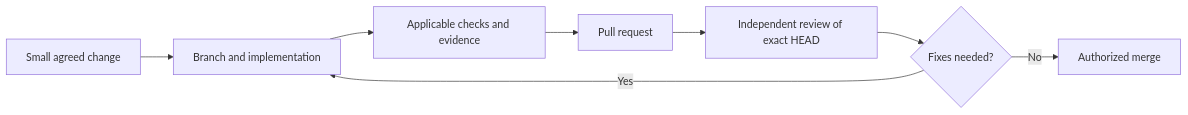
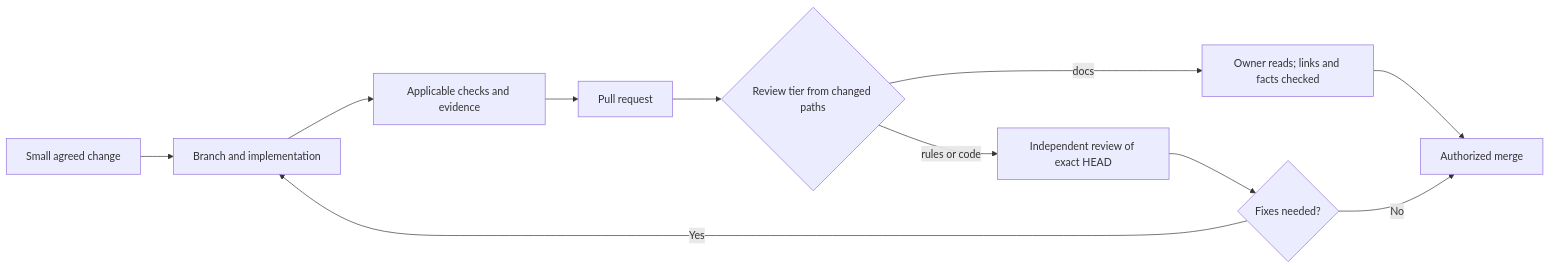
One commit to baruckis/Kriptofolio changed the diagram in CONTRIBUTING.md. Above: the diagram before and after it, drawn with Mermaid. The commit also changed other lines of this file and 2 other files, not shown here.

First line of the commit message:
docs: Added review tiers decided by changed paths. chore: Added a workflow that labels each pull request with its tier.

````diff
--- a/CONTRIBUTING.md
+++ b/CONTRIBUTING.md
@@ -22,10 +36,13 @@
 ```mermaid
 flowchart LR
     S[Small agreed change] --> B[Branch and implementation]
     B --> T[Applicable checks and evidence]
     T --> P[Pull request]
-    P --> R[Independent review of exact HEAD]
+    P --> Q{Review tier from changed paths}
+    Q -->|docs| O[Owner reads; links and facts checked]
+    Q -->|rules or code| R[Independent review of exact HEAD]
     R --> F{Fixes needed?}
     F -->|Yes| B
     F -->|No| M[Authorized merge]
+    O --> M
 ```
````
